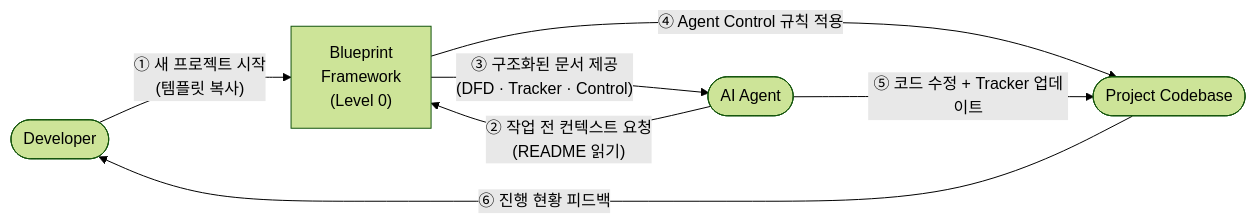
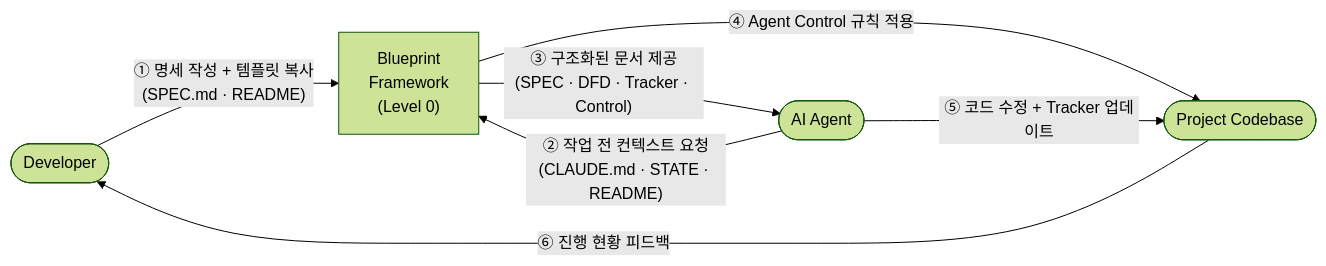
The diagram in README.md (kimtaesung98/Project-Blueprint-Framework), drawn with Mermaid (forest theme) before and after one commit. The commit also changed other lines of this file and 16 other files, not shown here.

First line of the commit message:
docs: v2.0 — unify DFD levels, add SPEC layer, dedupe agent state

````diff
--- a/README.md
+++ b/README.md
@@ -12,13 +12,13 @@
 ```mermaid
 flowchart LR
     Developer([Developer])
     Agent([AI Agent])
     Codebase([Project Codebase])
 
-    Developer -->|"① 새 프로젝트 시작\n(템플릿 복사)"| BPF["Blueprint\nFramework\n(Level 0)"]
-    Agent -->|"② 작업 전 컨텍스트 요청\n(README 읽기)"| BPF
-    BPF -->|"③ 구조화된 문서 제공\n(DFD · Tracker · Control)"| Agent
+    Developer -->|"① 명세 작성 + 템플릿 복사<br>(SPEC.md · README)"| BPF["Blueprint<br>Framework<br>(Level 0)"]
+    Agent -->|"② 작업 전 컨텍스트 요청<br>(CLAUDE.md · STATE · README)"| BPF
+    BPF -->|"③ 구조화된 문서 제공<br>(SPEC · DFD · Tracker · Control)"| Agent
     BPF -->|"④ Agent Control 규칙 적용"| Codebase
     Agent -->|"⑤ 코드 수정 + Tracker 업데이트"| Codebase
     Codebase -->|"⑥ 진행 현황 피드백"| Developer
 ```
````
